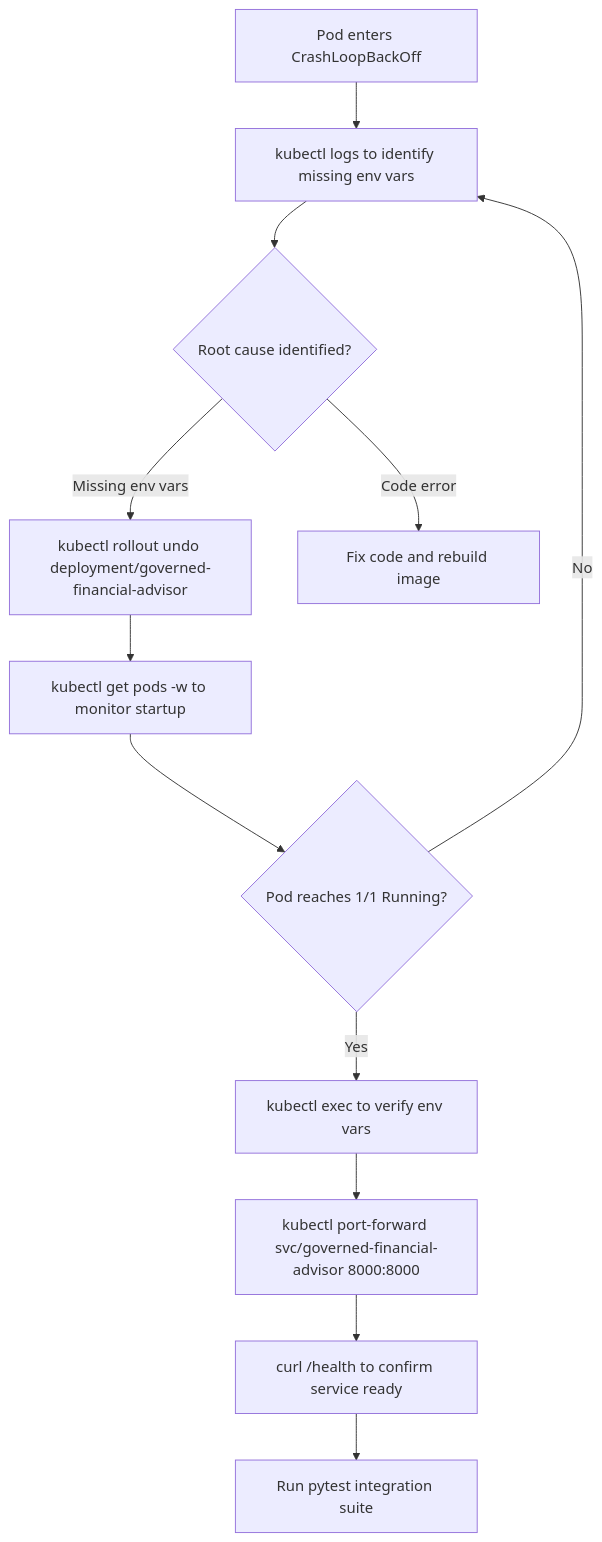
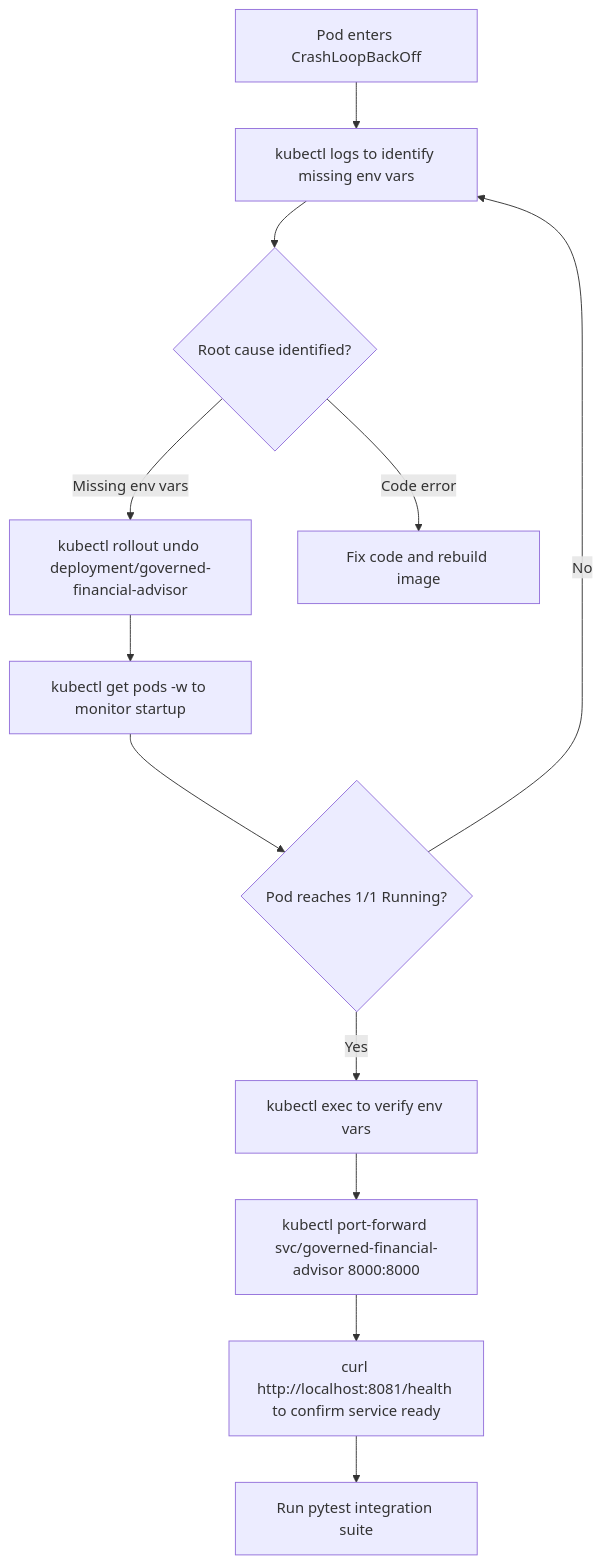
Before and after one commit to google/cybernetic-agent-governance-engine: the diagram in docs/technical-report/09-OPERATIONAL-RUNBOOK.md, drawn with Mermaid. The commit also changed other lines of this file and 48 other files, not shown here.

````diff
--- a/docs/technical-report/09-OPERATIONAL-RUNBOOK.md
+++ b/docs/technical-report/09-OPERATIONAL-RUNBOOK.md
@@ -264,14 +264,14 @@
 ```mermaid
 flowchart TD
     A[Pod enters CrashLoopBackOff] --> B[kubectl logs to identify missing env vars]
     B --> C{Root cause identified?}
     C -- Missing env vars --> D[kubectl rollout undo deployment/governed-financial-advisor]
     C -- Code error --> E[Fix code and rebuild image]
     D --> F[kubectl get pods -w to monitor startup]
     F --> G{Pod reaches 1/1 Running?}
     G -- Yes --> H[kubectl exec to verify env vars]
     H --> I[kubectl port-forward svc/governed-financial-advisor 8000:8000]
-    I --> J[curl /health to confirm service ready]
+    I --> J[curl http://localhost:8081/health to confirm service ready]
     J --> K[Run pytest integration suite]
     G -- No --> B
 ```
````
